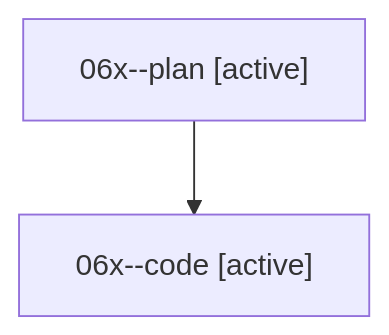
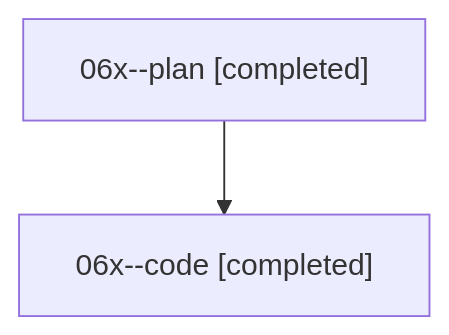
One commit to sase-org/sase--agents changed the diagram in families/bbugyi200.athena.06x.md. Above: the diagram before and after it, drawn with Mermaid. The commit also changed other lines of this file and 530 other files, not shown here.

````diff
--- a/families/bbugyi200.athena.06x.md
+++ b/families/bbugyi200.athena.06x.md
@@ -9,6 +9,6 @@
 ```mermaid
 flowchart TD
-  n0["06x--plan [active]"]
-  n1["06x--code [active]"]
+  n0["06x--plan [completed]"]
+  n1["06x--code [completed]"]
   n0 --> n1
 ```
````
